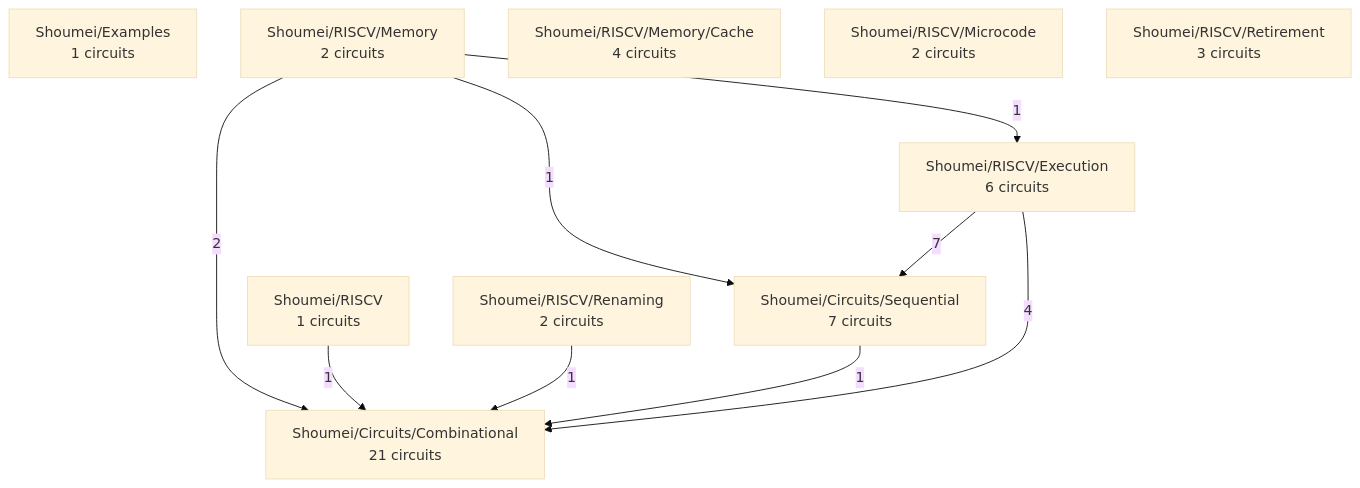
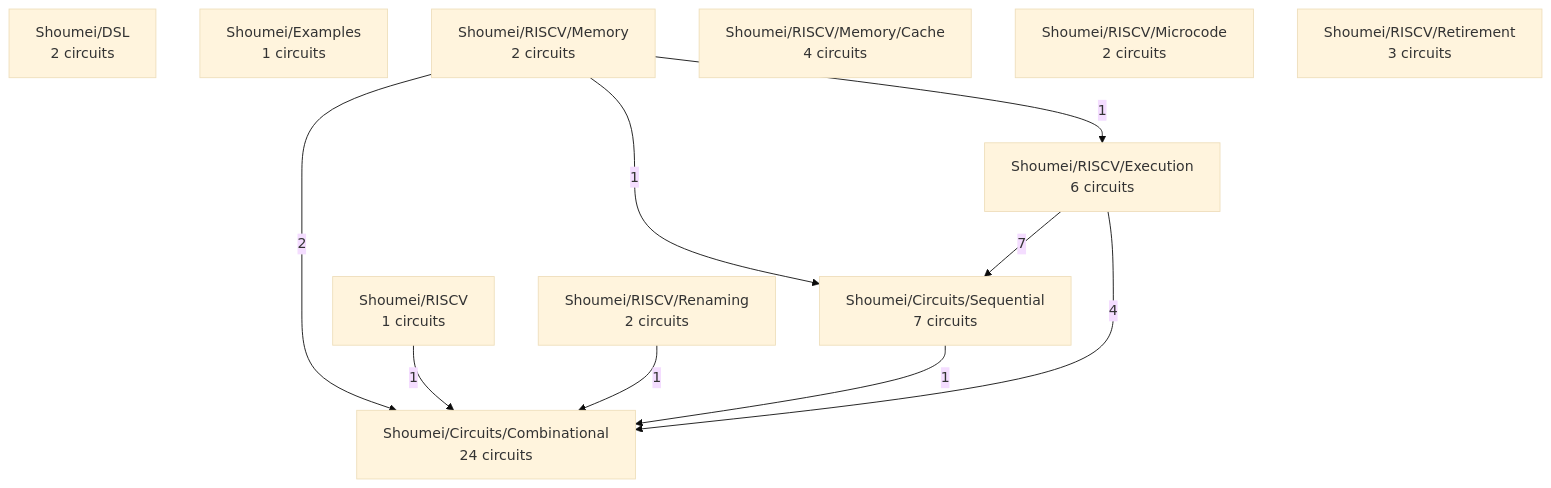
One commit to atvrager/Shoumei-RTL changed the diagram in docs/project-map.md. Above: the diagram before and after it, drawn with Mermaid (base theme). The commit also changed other lines of this file and 1 other file, not shown here.

````diff
--- a/docs/project-map.md
+++ b/docs/project-map.md
@@ -26,21 +25,22 @@
 ```mermaid
 graph TD
-  Shoumei_Circuits_Combinational["Shoumei/Circuits/Combinational<br/>21 circuits"]
+  Shoumei_Circuits_Combinational["Shoumei/Circuits/Combinational<br/>24 circuits"]
   Shoumei_Circuits_Sequential["Shoumei/Circuits/Sequential<br/>7 circuits"]
+  Shoumei_DSL["Shoumei/DSL<br/>2 circuits"]
   Shoumei_Examples["Shoumei/Examples<br/>1 circuits"]
   Shoumei_RISCV["Shoumei/RISCV<br/>1 circuits"]
   Shoumei_RISCV_Execution["Shoumei/RISCV/Execution<br/>6 circuits"]
   Shoumei_RISCV_Memory["Shoumei/RISCV/Memory<br/>2 circuits"]
   Shoumei_RISCV_Memory_Cache["Shoumei/RISCV/Memory/Cache<br/>4 circuits"]
   Shoumei_RISCV_Microcode["Shoumei/RISCV/Microcode<br/>2 circuits"]
   Shoumei_RISCV_Renaming["Shoumei/RISCV/Renaming<br/>2 circuits"]
   Shoumei_RISCV_Retirement["Shoumei/RISCV/Retirement<br/>3 circuits"]
   Shoumei_RISCV_Execution -->|7| Shoumei_Circuits_Sequential
   Shoumei_RISCV_Execution -->|4| Shoumei_Circuits_Combinational
   Shoumei_RISCV_Memory -->|2| Shoumei_Circuits_Combinational
   Shoumei_Circuits_Sequential -->|1| Shoumei_Circuits_Combinational
   Shoumei_RISCV -->|1| Shoumei_Circuits_Combinational
   Shoumei_RISCV_Memory -->|1| Shoumei_Circuits_Sequential
   Shoumei_RISCV_Memory -->|1| Shoumei_RISCV_Execution
   Shoumei_RISCV_Renaming -->|1| Shoumei_Circuits_Combinational
 ```
````
